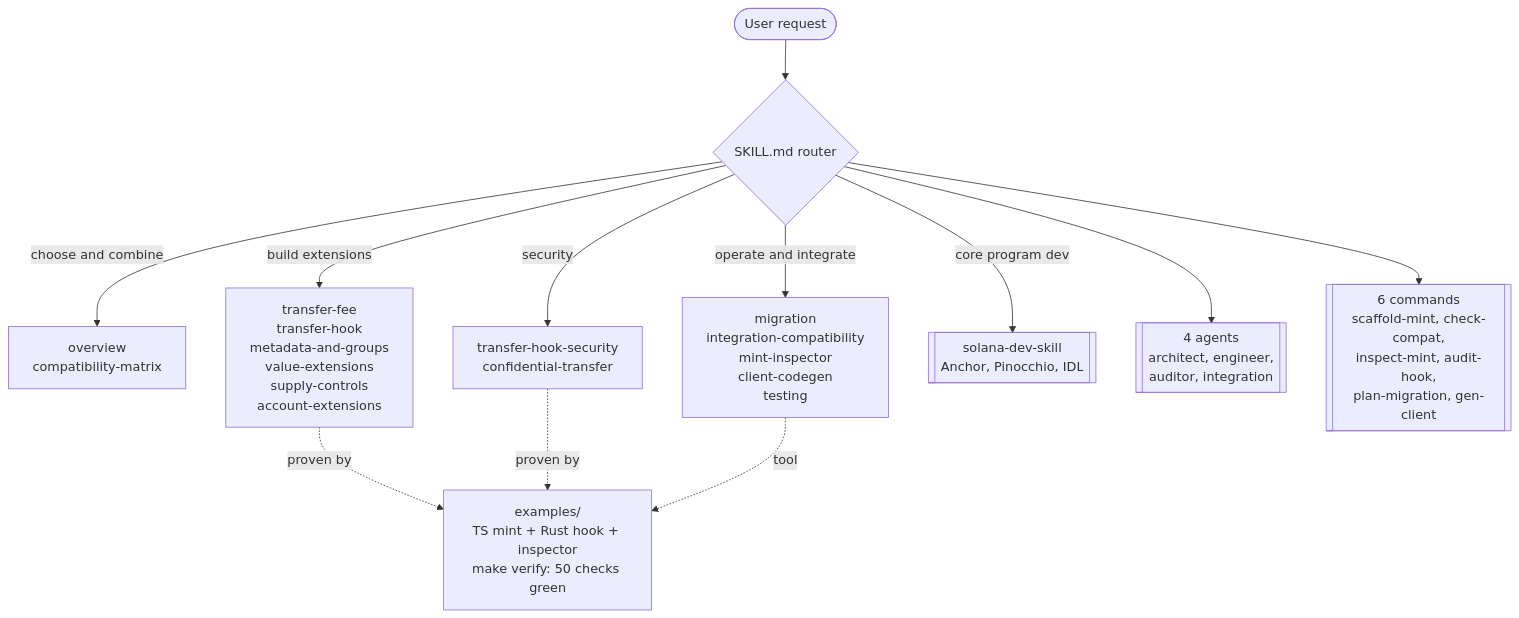
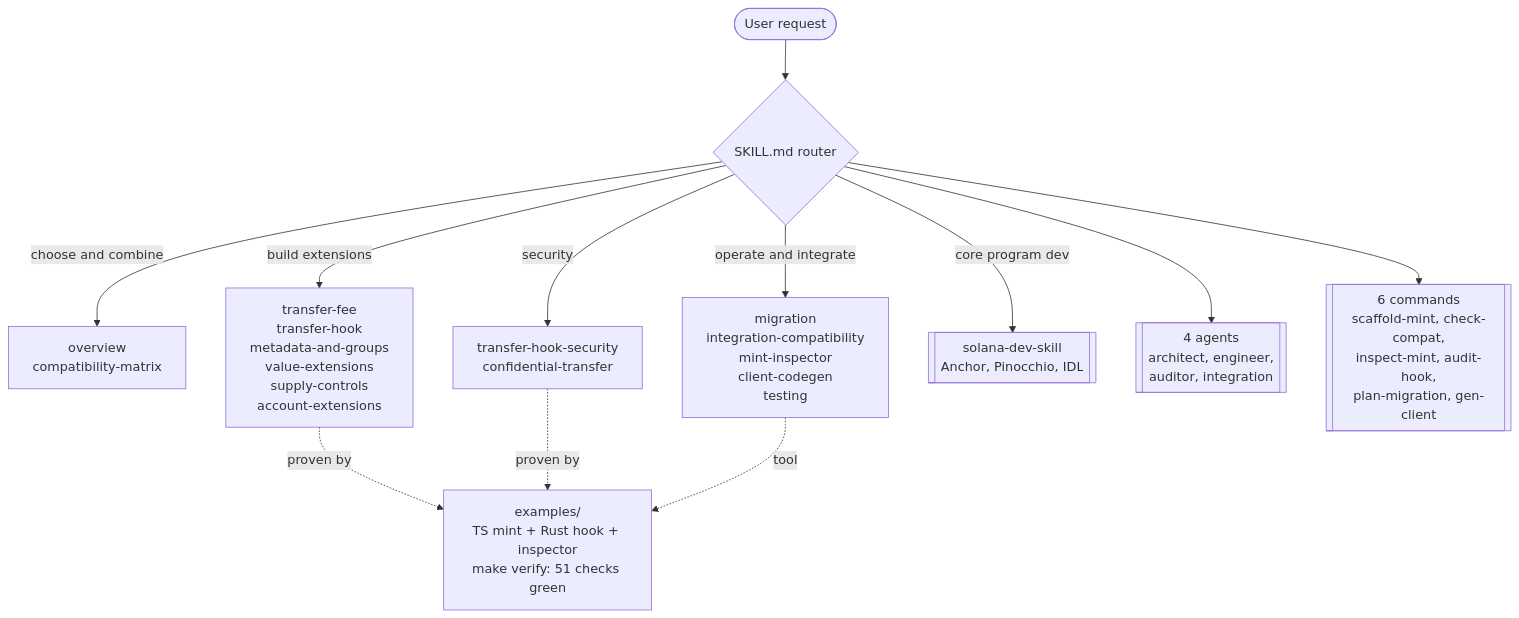
Before and after one commit to Andy00L/solana-token-extensions-skill: the diagram in README.md, drawn with Mermaid. The commit also changed other lines of this file and 6 other files, not shown here.

First line of the commit message:
Inspector: controls-mint fixture (scaled-ui/pausable/permanent-delegate/mint-close) + DEMO.md; 51 checks

````diff
--- a/README.md
+++ b/README.md
@@ -16,14 +16,14 @@
 ```mermaid
 flowchart TD
     U([User request]) --> R{SKILL.md router}
     R -->|choose and combine| C["overview<br/>compatibility-matrix"]
     R -->|build extensions| B["transfer-fee<br/>transfer-hook<br/>metadata-and-groups<br/>value-extensions<br/>supply-controls<br/>account-extensions"]
     R -->|operate and integrate| O["migration<br/>integration-compatibility<br/>mint-inspector<br/>client-codegen<br/>testing"]
     R -->|security| S["transfer-hook-security<br/>confidential-transfer"]
     R -->|core program dev| CORE[["solana-dev-skill<br/>Anchor, Pinocchio, IDL"]]
     R --> AG[["4 agents<br/>architect, engineer,<br/>auditor, integration"]]
     R --> CMD[["6 commands<br/>scaffold-mint, check-compat,<br/>inspect-mint, audit-hook,<br/>plan-migration, gen-client"]]
-    B -.proven by.-> EX["examples/<br/>TS mint + Rust hook + inspector<br/>make verify: 50 checks green"]
+    B -.proven by.-> EX["examples/<br/>TS mint + Rust hook + inspector<br/>make verify: 51 checks green"]
     S -.proven by.-> EX
     O -.tool.-> EX
 ```
````
